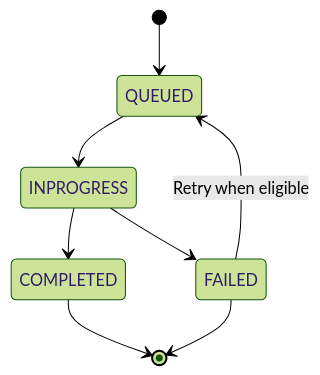
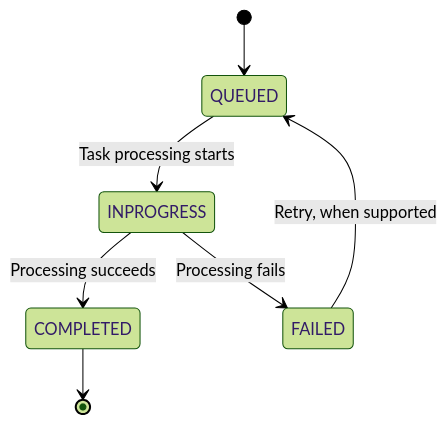
The second of 2 diagrams in README.md (Aadarsh1125/SpringQueuePro-Application), drawn with Mermaid (forest theme) before and after one commit. The commit also changed other lines of this file, not shown here.

````diff
--- a/README.md
+++ b/README.md
@@ -51,10 +78,9 @@
 ```mermaid
 stateDiagram-v2
     [*] --> QUEUED
-    QUEUED --> INPROGRESS
-    INPROGRESS --> COMPLETED
-    INPROGRESS --> FAILED
-    FAILED --> QUEUED: Retry when eligible
+    QUEUED --> INPROGRESS: Task processing starts
+    INPROGRESS --> COMPLETED: Processing succeeds
+    INPROGRESS --> FAILED: Processing fails
+    FAILED --> QUEUED: Retry, when supported
     COMPLETED --> [*]
-    FAILED --> [*]
 ```
````
